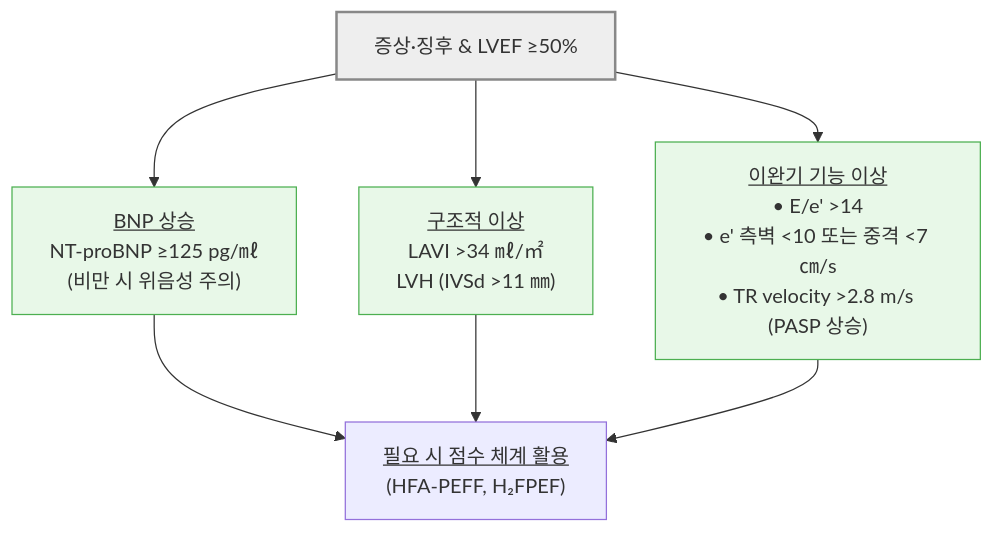
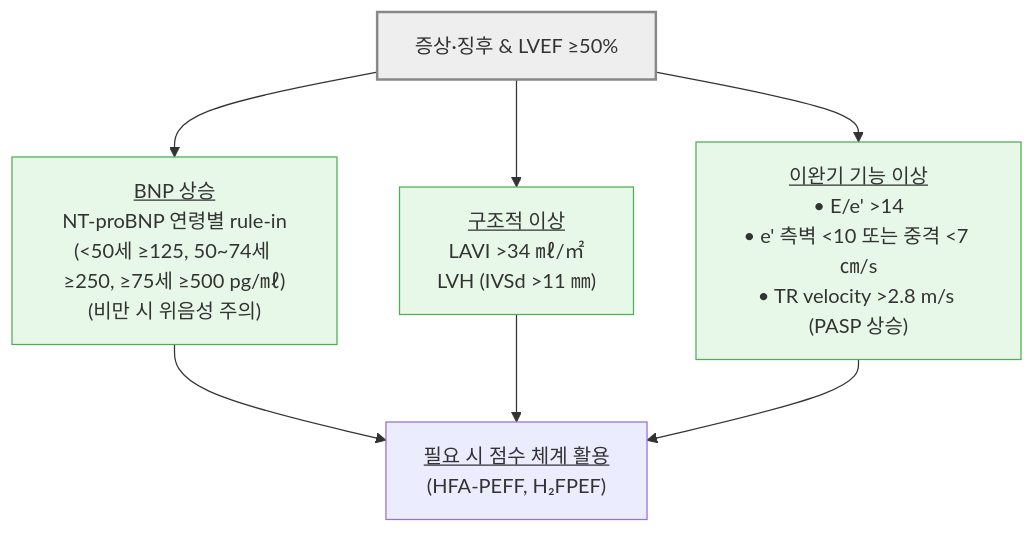
Before and after one commit to familyoh77/familyoh77: the first of 3 diagrams in 225_/098_-heart-failure.md, drawn with Mermaid. The commit also changed other lines of this file, not shown here.

````diff
--- a/225_/098_-heart-failure.md
+++ b/225_/098_-heart-failure.md
@@ -111,13 +114,13 @@
 ```mermaid
 flowchart TD
-    A["증상·징후 & LVEF ≥50%"] --> B["<u>BNP 상승</u>\nNT-proBNP ≥125 pg/㎖\n(비만 시 위음성 주의)"]
+    A["증상·징후 & LVEF ≥50%"] --> B["<u>BNP 상승</u>\nNT-proBNP 연령별 rule-in\n(&lt;50세 ≥125, 50~74세 ≥250, ≥75세 ≥500 pg/㎖)\n(비만 시 위음성 주의)"]
     A --> C["<u>구조적 이상</u>\nLAVI >34 ㎖/㎡\nLVH (IVSd >11 ㎜)"]
     A --> D["<u>이완기 기능 이상</u>\n• E/e' >14\n• e' 측벽 <10 또는 중격 <7 ㎝/s\n• TR velocity >2.8 m/s (PASP 상승)"]
     B --> E["<u>필요 시 점수 체계 활용</u>\n(HFA-PEFF, H₂FPEF)"]
     C --> E
     D --> E
 
 style A fill:#eeeeee,stroke:#888888,stroke-width:2px
 classDef lightGreen fill:#e8f8e8,stroke:#4caf50
 class B,C,D lightGreen
 ```
````
